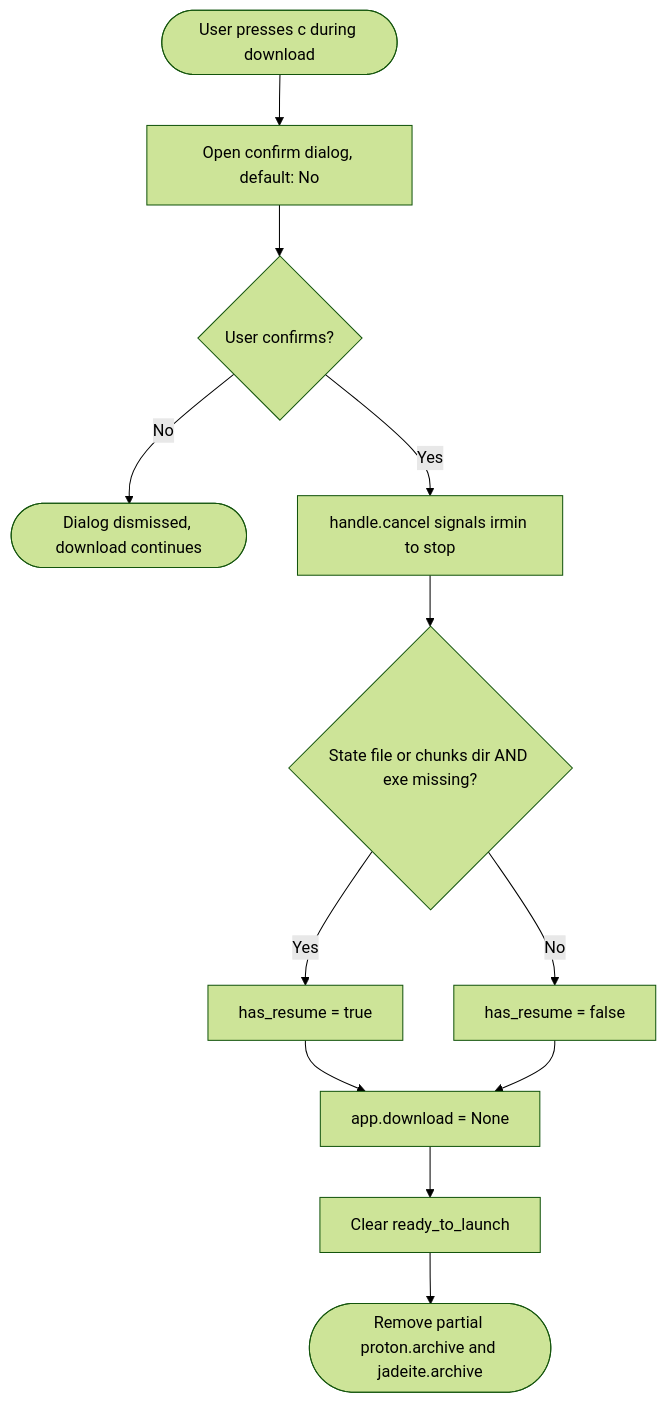
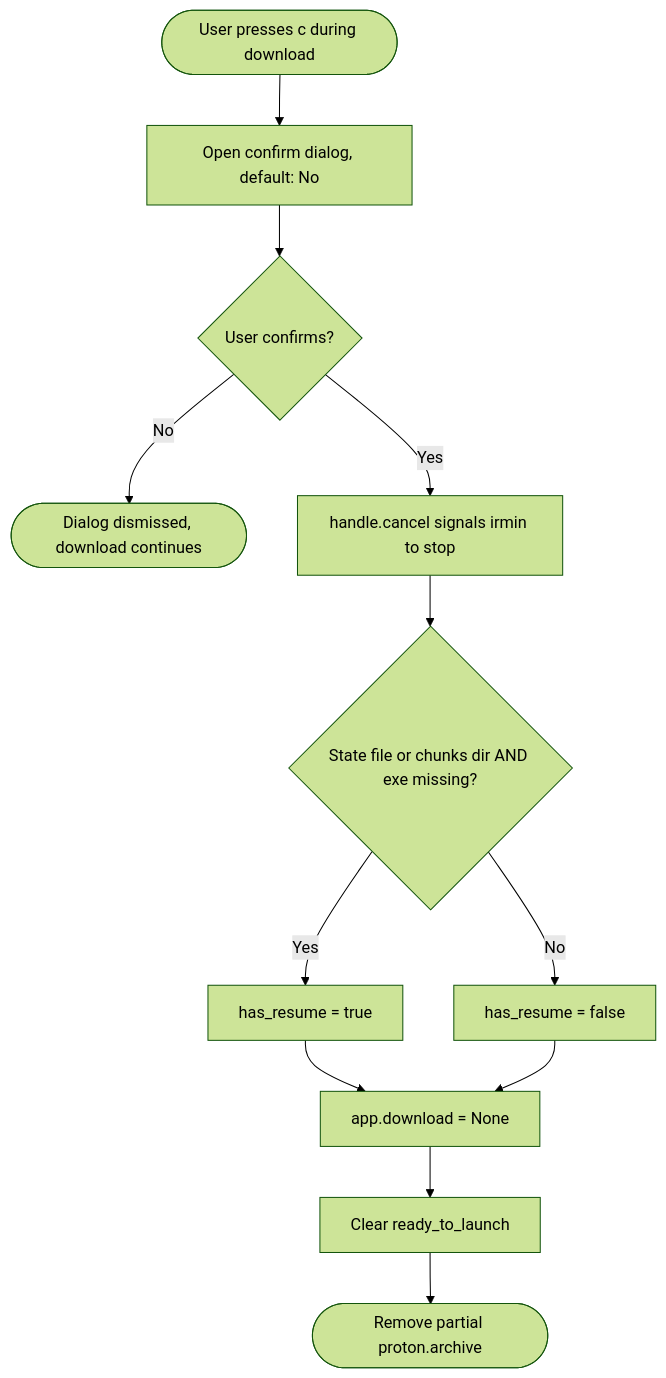
Diagram 13 of 21 in UX.md (ChakornK/elysiae-tui), drawn with Mermaid (forest theme) before and after one commit. The commit also changed other lines of this file and 9 other files, not shown here.

````diff
--- a/UX.md
+++ b/UX.md
@@ -336,14 +327,14 @@
 ```mermaid
 flowchart TD
     Press([User presses c during download]) --> Dialog[Open confirm dialog, default: No]
     Dialog --> Confirmed{User confirms?}
     Confirmed -->|No| Dismiss([Dialog dismissed, download continues])
     Confirmed -->|Yes| CancelHandle[handle.cancel signals irmin to stop]
     CancelHandle --> CheckResume{State file or chunks dir AND exe missing?}
     CheckResume -->|Yes| SetResume[has_resume = true]
     CheckResume -->|No| SetNoResume[has_resume = false]
     SetResume --> ClearDL[app.download = None]
     SetNoResume --> ClearDL
     ClearDL --> ClearReady[Clear ready_to_launch]
-    ClearReady --> CleanArchives([Remove partial proton.archive and jadeite.archive])
+    ClearReady --> CleanArchives([Remove partial proton.archive])
 ```
````
